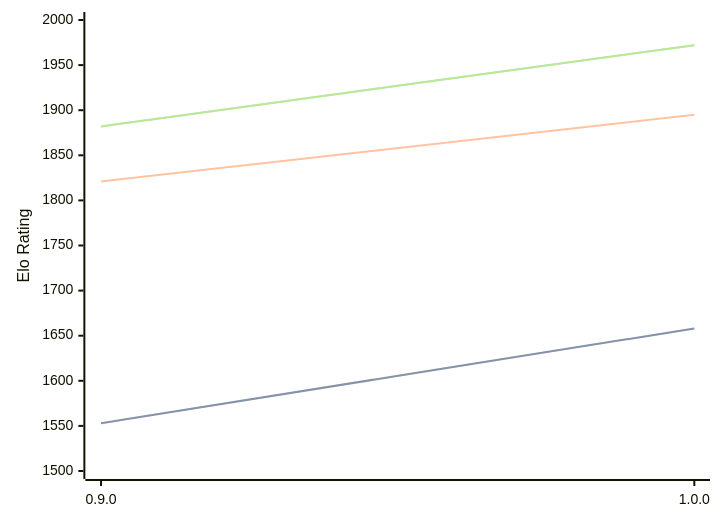
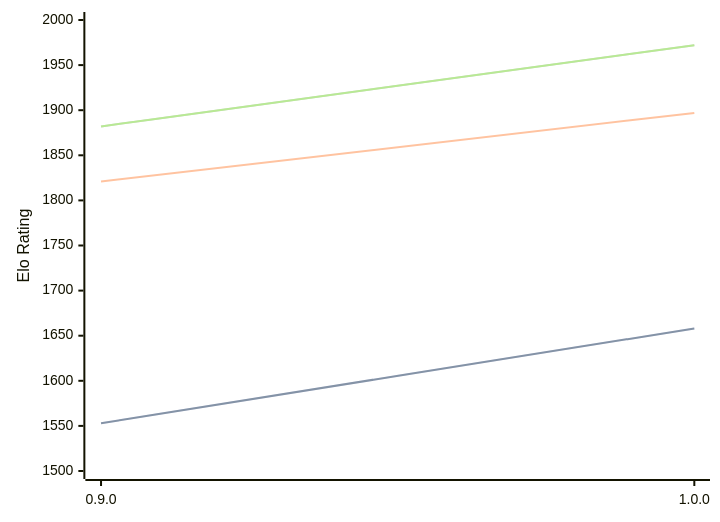
One commit to computer-chess-index/cci changed the diagram in engines/Ratsu.md. Above: the diagram before and after it, drawn with Mermaid. The commit also changed other lines of this file, not shown here.

````diff
--- a/engines/Ratsu.md
+++ b/engines/Ratsu.md
@@ -32,11 +32,11 @@
 ```mermaid
 %%{init: {"theme":"base","themeVariables":{"seriesColors:['#a3a3a3','#222221','#faa371']}}}%%
 xychart-beta
   x-axis ["0.9.0", "1.0.0"]
   y-axis "Elo Rating" 1500 --> 2000
   line "STC (8.0+0.08s)" [1553, 1658]
   line "STC (8.0+0.08s)" [1553, 1658]
-  line "LTC (60.0+0.60s)" [1821, 1895]
+  line "LTC (60.0+0.60s)" [1821, 1897]
   line "VLTC (2m24s+1.12s)" [1882, 1972]
   line "VLTC (2m24s+1.12s)" [1882, 1972]
 ```
````
